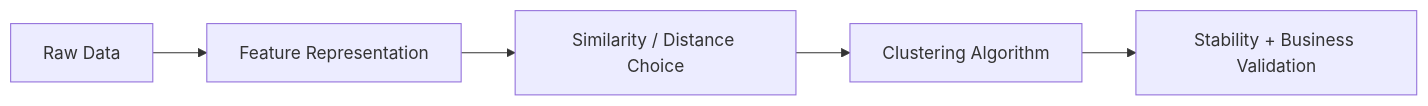
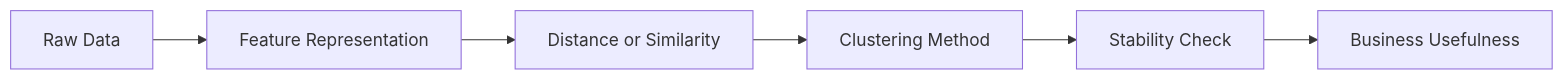
The diagram in _posts/2026-01-13-clustering-kmeans-dbscan-and-hierarchical.md (sandeepbhardwaj/sandeepbhardwaj.github.io), drawn with Mermaid before and after one commit. The commit also changed other lines of this file and 19 other files, not shown here.

````diff
--- a/_posts/2026-01-13-clustering-kmeans-dbscan-and-hierarchical.md
+++ b/_posts/2026-01-13-clustering-kmeans-dbscan-and-hierarchical.md
@@ -46,7 +51,8 @@
 ```mermaid
 flowchart LR
     A[Raw Data] --> B[Feature Representation]
-    B --> C[Similarity / Distance Choice]
-    C --> D[Clustering Algorithm]
-    D --> E[Stability + Business Validation]
+    B --> C[Distance or Similarity]
+    C --> D[Clustering Method]
+    D --> E[Stability Check]
+    E --> F[Business Usefulness]
 ```
````
